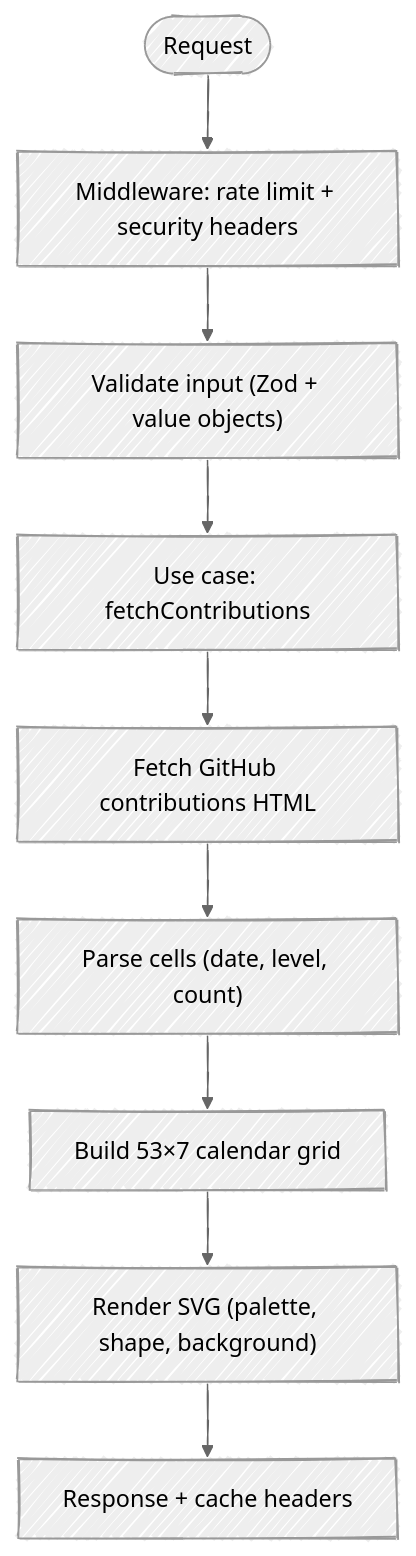
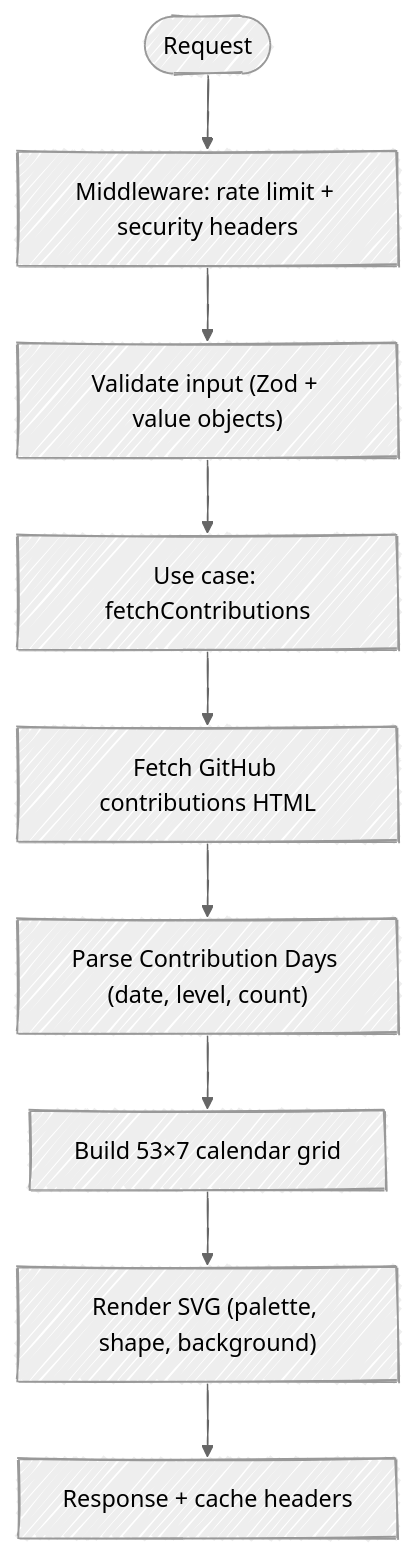
Before and after one commit to fbuireu/contribKit: the diagram in docs/wiki/How-It-Works.md, drawn with Mermaid. The commit also changed other lines of this file and 41 other files, not shown here.

````diff
--- a/docs/wiki/How-It-Works.md
+++ b/docs/wiki/How-It-Works.md
@@ -9,19 +9,19 @@
 ```mermaid
 ---
 config:
   look: handDrawn
   theme: neutral
 ---
 flowchart TD
     request(["Request"])
     middleware["Middleware: rate limit + security headers"]
     validate["Validate input (Zod + value objects)"]
     usecase["Use case: fetchContributions"]
     scrape["Fetch GitHub contributions HTML"]
-    parse["Parse cells (date, level, count)"]
+    parse["Parse Contribution Days (date, level, count)"]
     grid["Build 53×7 calendar grid"]
     render["Render SVG (palette, shape, background)"]
     respond["Response + cache headers"]
 
     request --> middleware --> validate --> usecase --> scrape --> parse --> grid --> render --> respond
 ```
````
